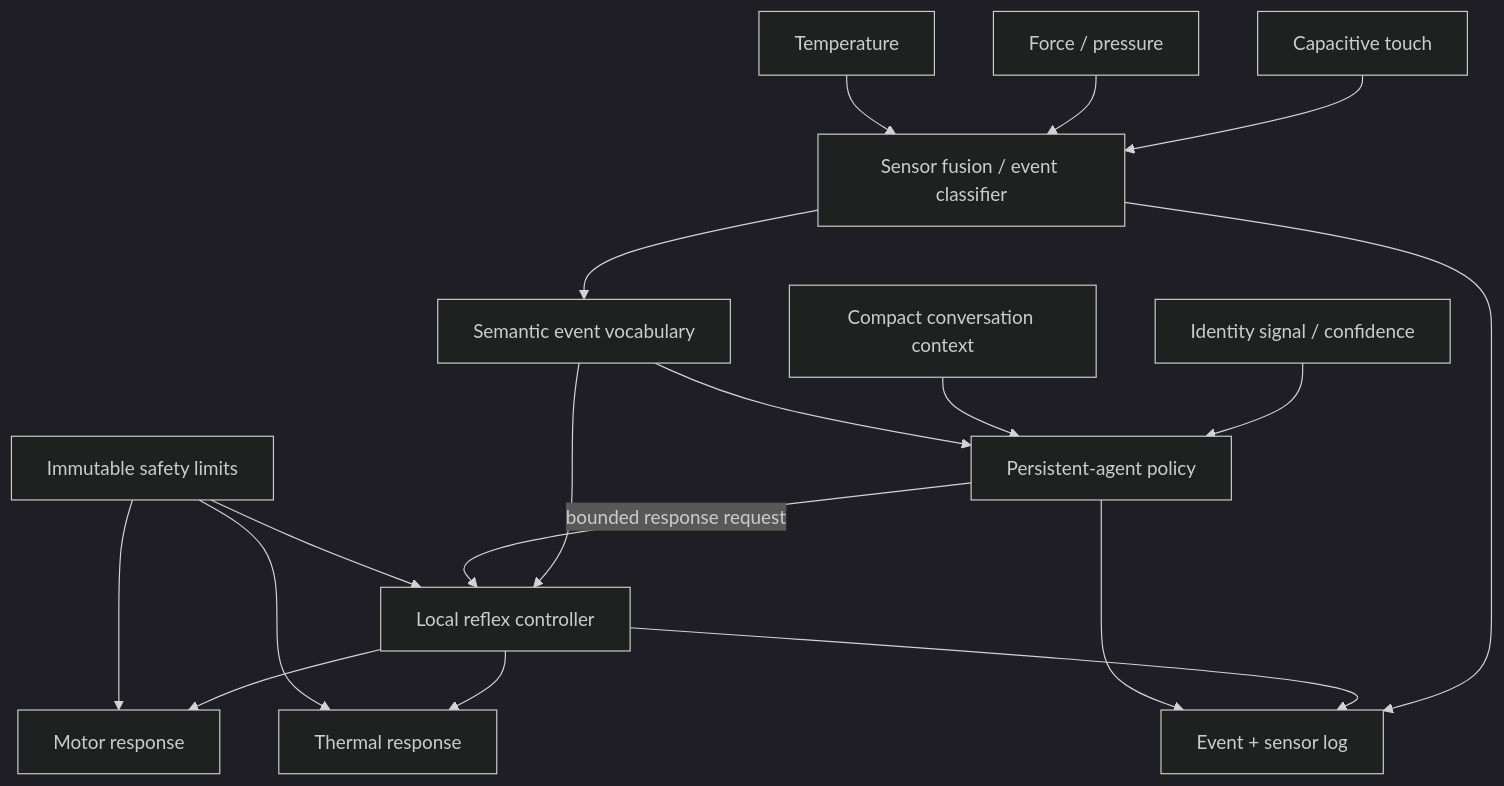
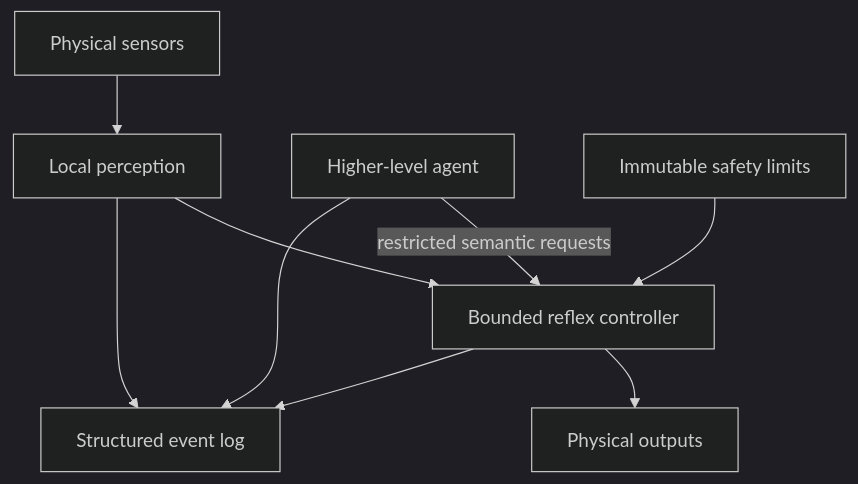
One commit to jkosai/embodied-ai-reflex changed the diagram in README.md. Above: the diagram before and after it, drawn with Mermaid (dark theme). The commit also changed other lines of this file and 3 other files, not shown here.

Commit message:
Fix public repo structure and add data schema

````diff
--- a/README.md
+++ b/README.md
@@ -27,26 +25,13 @@
 ```mermaid
 flowchart TD
-    A[Capacitive touch] --> B[Sensor fusion / event classifier]
-    C[Force / pressure] --> B
-    D[Temperature] --> B
+    A[Physical sensors] --> B[Local perception]
+    B --> C[Bounded reflex controller]
+    C --> D[Physical outputs]
 
-    B --> E[Semantic event vocabulary]
-    E --> F[Local reflex controller]
+    E[Higher-level agent] -->|restricted semantic requests| C
+    F[Immutable safety limits] --> C
 
-    G[Identity signal / confidence] --> H[Persistent-agent policy]
-    I[Compact conversation context] --> H
-    E --> H
-
-    H -->|bounded response request| F
-
-    F --> J[Motor response]
-    F --> K[Thermal response]
-
-    L[Immutable safety limits] --> F
-    L --> J
-    L --> K
-
-    B --> M[Event + sensor log]
-    F --> M
-    H --> M
+    B --> G[Structured event log]
+    C --> G
+    E --> G
 ```
````
